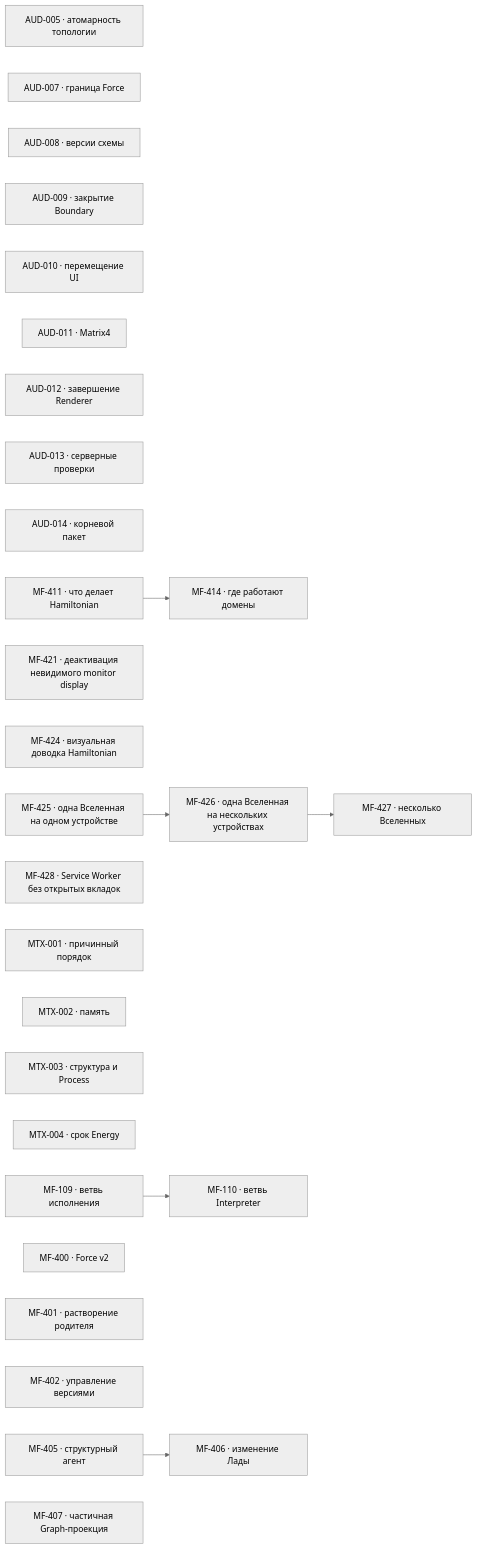
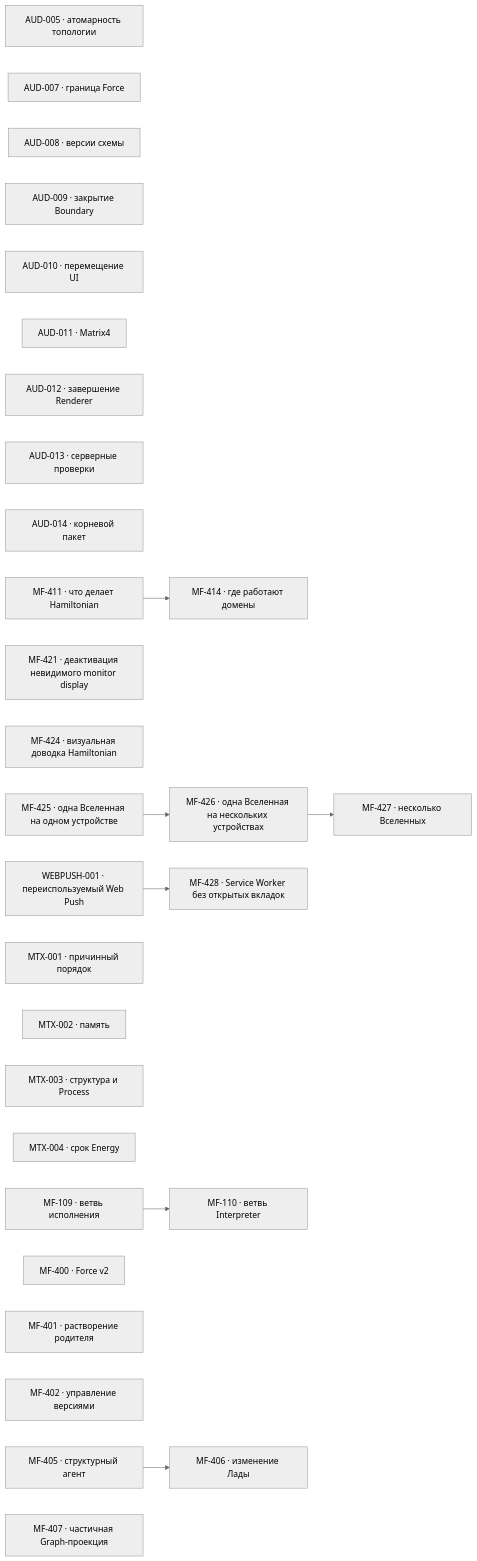
One commit to zavx0z/metafor changed the diagram in project/TODO.md. Above: the diagram before and after it, drawn with Mermaid (neutral theme). The commit also changed other lines of this file and 44 other files, not shown here.

Commit message:
feat(hamiltonian): integrate reusable Web Push lifecycle

````diff
--- a/project/TODO.md
+++ b/project/TODO.md
@@ -13,37 +13,39 @@
 ```mermaid
 flowchart LR
     AUD005["AUD-005 · атомарность топологии"]
     AUD007["AUD-007 · граница Force"]
     AUD008["AUD-008 · версии схемы"]
     AUD009["AUD-009 · закрытие Boundary"]
     AUD010["AUD-010 · перемещение UI"]
     AUD011["AUD-011 · Matrix4"]
     AUD012["AUD-012 · завершение Renderer"]
     AUD013["AUD-013 · серверные проверки"]
     AUD014["AUD-014 · корневой пакет"]
     MF411["MF-411 · что делает Hamiltonian"]
     MF414["MF-414 · где работают домены"]
     MF421["MF-421 · деактивация невидимого monitor display"]
     MF424["MF-424 · визуальная доводка Hamiltonian"]
     MF425["MF-425 · одна Вселенная на одном устройстве"]
     MF426["MF-426 · одна Вселенная на нескольких устройствах"]
     MF427["MF-427 · несколько Вселенных"]
     MF428["MF-428 · Service Worker без открытых вкладок"]
+    WEBPUSH001["WEBPUSH-001 · переиспользуемый Web Push"]
     MTX001["MTX-001 · причинный порядок"]
     MTX002["MTX-002 · память"]
     MTX003["MTX-003 · структура и Process"]
     MTX004["MTX-004 · срок Energy"]
     MF109["MF-109 · ветвь исполнения"]
     MF110["MF-110 · ветвь Interpreter"]
     MF400["MF-400 · Force v2"]
     MF401["MF-401 · растворение родителя"]
     MF402["MF-402 · управление версиями"]
     MF405["MF-405 · структурный агент"]
     MF406["MF-406 · изменение Лады"]
     MF407["MF-407 · частичная Graph-проекция"]
     MF109 --> MF110
     MF405 --> MF406
     MF411 --> MF414
     MF425 --> MF426
     MF426 --> MF427
+    WEBPUSH001 --> MF428
 ```
````
